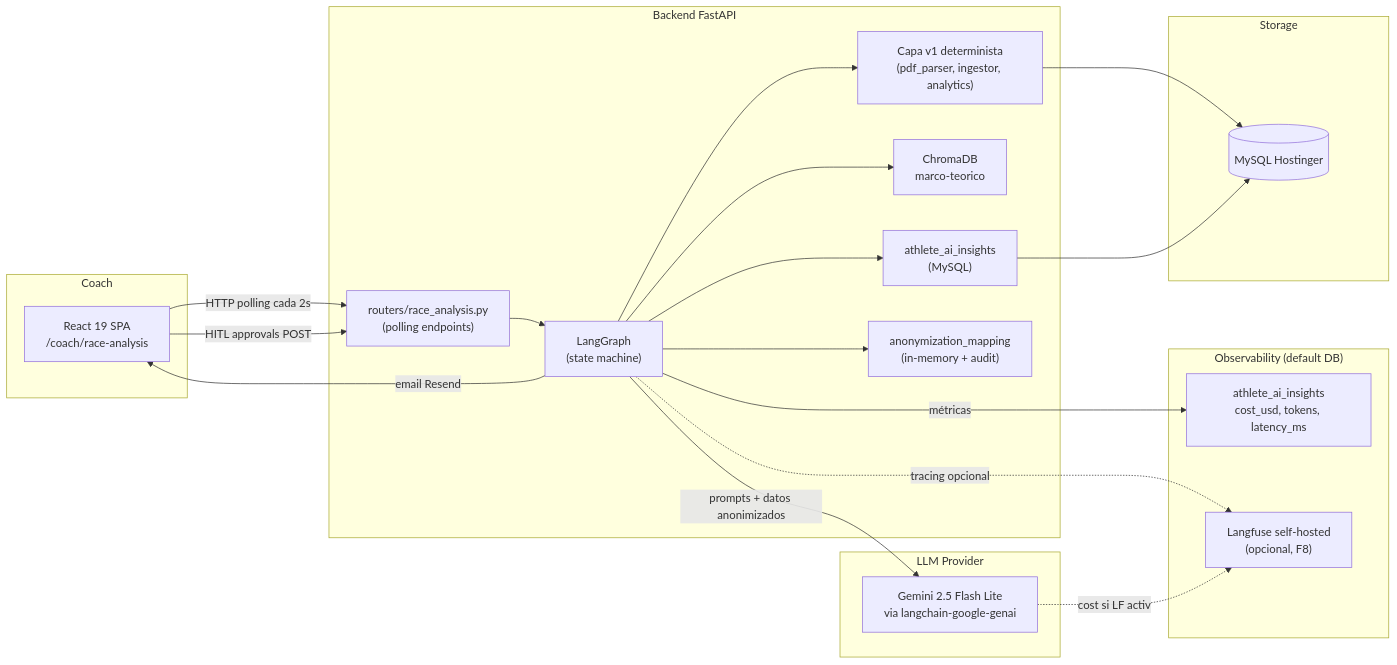
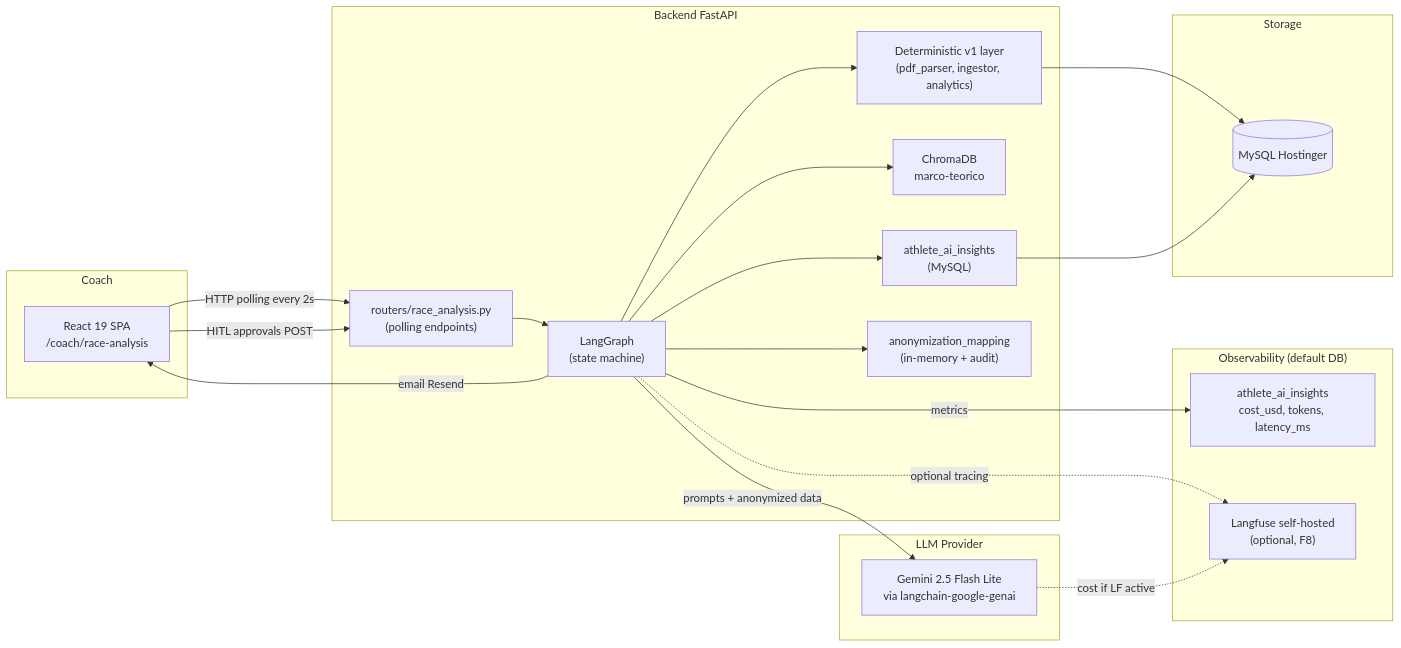
One commit to Club-Deportivo-Trocha-y-Ruta/mi changed the first of 3 diagrams in docs/10-race-results/v2-agentic-design.md. Above: the diagram before and after it, drawn with Mermaid. The commit also changed other lines of this file and 65 other files, not shown here.

````diff
--- a/docs/10-race-results/v2-agentic-design.md
+++ b/docs/10-race-results/v2-agentic-design.md
@@ -65,39 +65,39 @@
 ```mermaid
 flowchart LR
     subgraph "Coach"
         UI["React 19 SPA<br/>/coach/race-analysis"]
     end
     subgraph "Backend FastAPI"
         ROUTER["routers/race_analysis.py<br/>(polling endpoints)"]
         GRAPH["LangGraph<br/>(state machine)"]
-        DET["Capa v1 determinista<br/>(pdf_parser, ingestor, analytics)"]
+        DET["Deterministic v1 layer<br/>(pdf_parser, ingestor, analytics)"]
         RAG["ChromaDB<br/>marco-teorico"]
         MEM["athlete_ai_insights<br/>(MySQL)"]
         ANON["anonymization_mapping<br/>(in-memory + audit)"]
     end
     subgraph "LLM Provider"
         LLM["Gemini 2.5 Flash Lite<br/>via langchain-google-genai"]
     end
     subgraph "Observability (default DB)"
         AUDIT["athlete_ai_insights<br/>cost_usd, tokens, latency_ms"]
-        LF["Langfuse self-hosted<br/>(opcional, F8)"]
+        LF["Langfuse self-hosted<br/>(optional, F8)"]
     end
     subgraph "Storage"
         DB[(MySQL Hostinger)]
     end
 
-    UI -->|HTTP polling cada 2s| ROUTER
+    UI -->|HTTP polling every 2s| ROUTER
     UI -->|HITL approvals POST| ROUTER
     ROUTER --> GRAPH
     GRAPH --> DET
     DET --> DB
     GRAPH --> RAG
     GRAPH --> MEM
     MEM --> DB
     GRAPH --> ANON
-    GRAPH -->|prompts + datos anonimizados| LLM
-    GRAPH -->|métricas| AUDIT
-    GRAPH -.tracing opcional.-> LF
-    LLM -.cost si LF activo.-> LF
+    GRAPH -->|prompts + anonymized data| LLM
+    GRAPH -->|metrics| AUDIT
+    GRAPH -.optional tracing.-> LF
+    LLM -.cost if LF active.-> LF
     GRAPH -->|email Resend| UI
 ```
````
